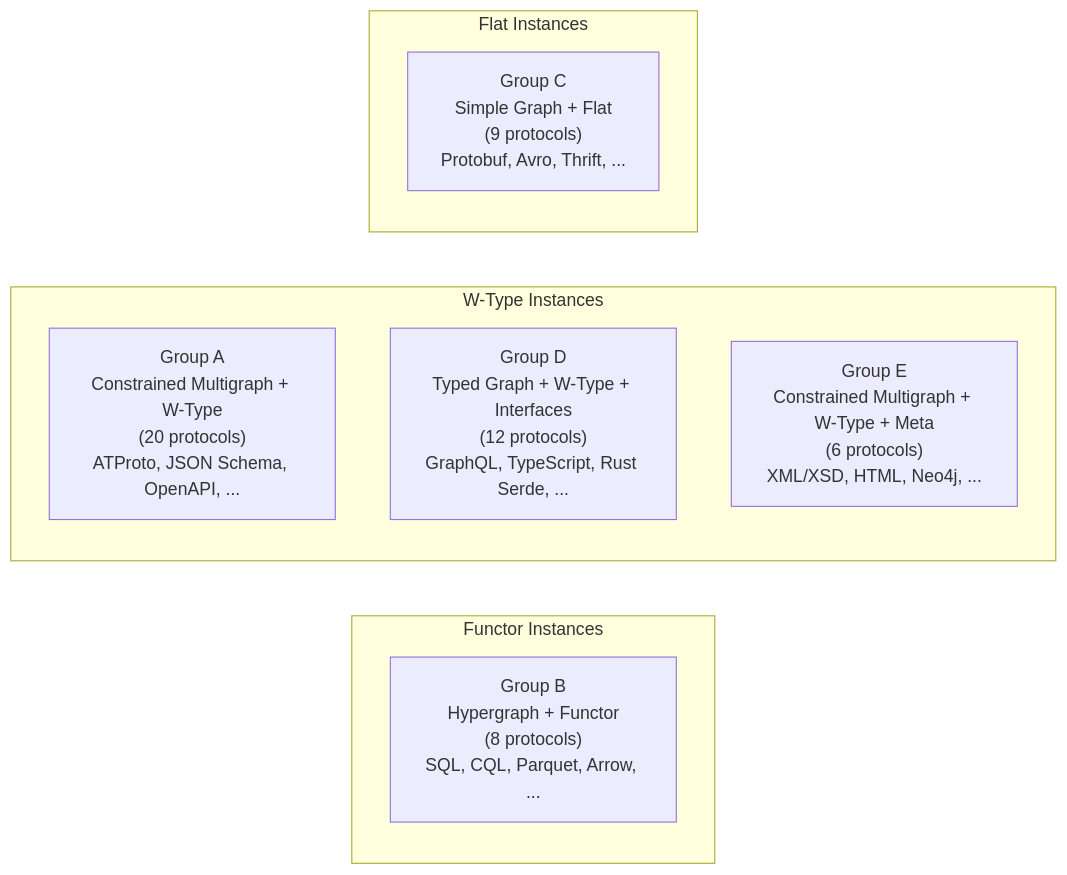
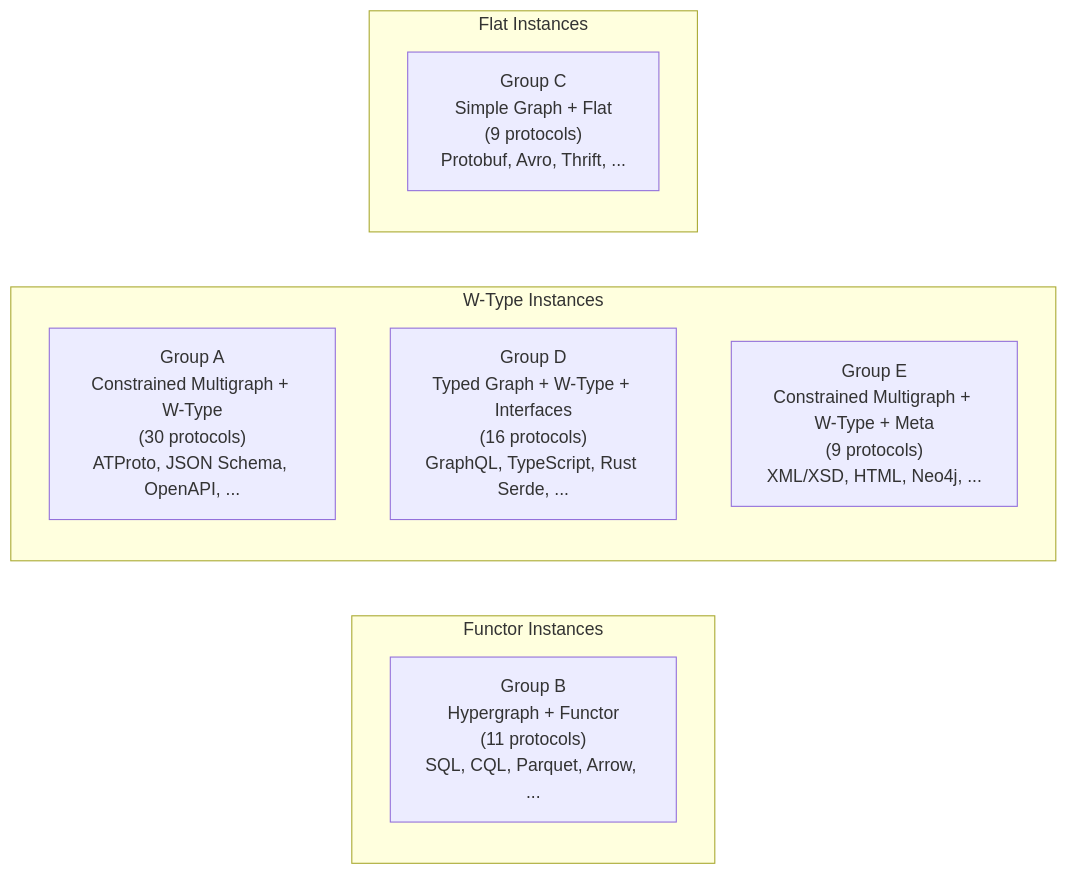
One commit to panproto/panproto changed the diagram in tutorial/chapters/04-protocols-as-parameters.qmd. Above: the diagram before and after it, drawn with Mermaid. The commit also changed other lines of this file and 18 other files, not shown here.

````diff
--- a/tutorial/chapters/04-protocols-as-parameters.qmd
+++ b/tutorial/chapters/04-protocols-as-parameters.qmd
@@ -284,16 +284,16 @@
 ```{mermaid}
 %%| label: fig-design-space
-%%| fig-cap: "The protocol design space, showing all 54 protocols organized into five theory groups. Horizontal axis: schema theory complexity. Vertical axis: instance theory family."
+%%| fig-cap: "The protocol design space, showing all 76 protocols organized into six theory groups. Horizontal axis: schema theory complexity. Vertical axis: instance theory family."
 graph LR
     subgraph "Functor Instances"
-        B["Group B<br/>Hypergraph + Functor<br/>(8 protocols)<br/>SQL, CQL, Parquet, Arrow, ..."]
+        B["Group B<br/>Hypergraph + Functor<br/>(11 protocols)<br/>SQL, CQL, Parquet, Arrow, ..."]
     end
     subgraph "W-Type Instances"
-        A["Group A<br/>Constrained Multigraph + W-Type<br/>(20 protocols)<br/>ATProto, JSON Schema, OpenAPI, ..."]
-        D["Group D<br/>Typed Graph + W-Type + Interfaces<br/>(12 protocols)<br/>GraphQL, TypeScript, Rust Serde, ..."]
-        E["Group E<br/>Constrained Multigraph + W-Type + Meta<br/>(6 protocols)<br/>XML/XSD, HTML, Neo4j, ..."]
+        A["Group A<br/>Constrained Multigraph + W-Type<br/>(30 protocols)<br/>ATProto, JSON Schema, OpenAPI, ..."]
+        D["Group D<br/>Typed Graph + W-Type + Interfaces<br/>(16 protocols)<br/>GraphQL, TypeScript, Rust Serde, ..."]
+        E["Group E<br/>Constrained Multigraph + W-Type + Meta<br/>(9 protocols)<br/>XML/XSD, HTML, Neo4j, ..."]
     end
     subgraph "Flat Instances"
         C["Group C<br/>Simple Graph + Flat<br/>(9 protocols)<br/>Protobuf, Avro, Thrift, ..."]
     end
 ```
````
